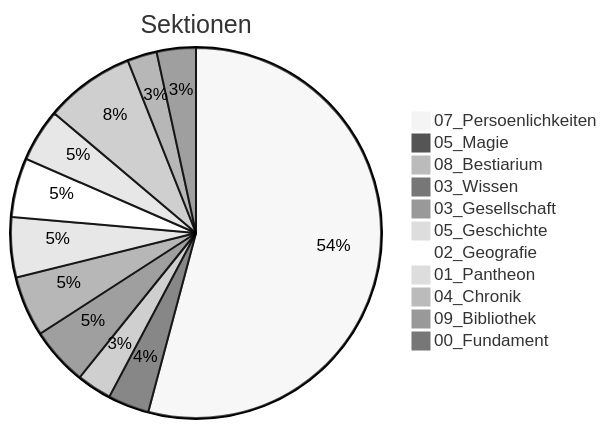
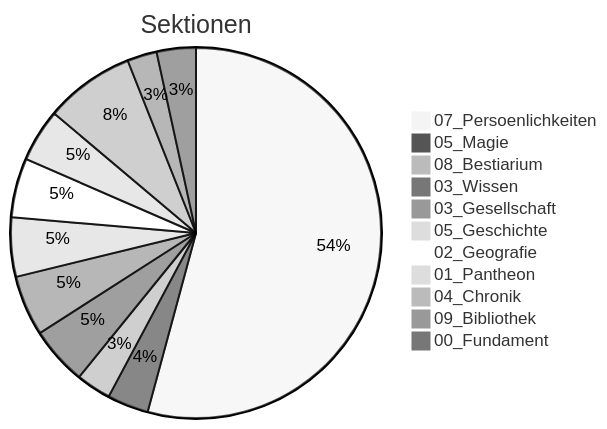
The diagram in Siebenwind_Wiki/10_Archiv/Wiki_Statistiken.md (Siebenwind/7w_wiki), drawn with Mermaid (neutral theme) before and after one commit. The commit also changed other lines of this file and 9 other files, not shown here.

````diff
--- a/Siebenwind_Wiki/10_Archiv/Wiki_Statistiken.md
+++ b/Siebenwind_Wiki/10_Archiv/Wiki_Statistiken.md
@@ -21,14 +21,14 @@
 ```mermaid
 pie title Sektionen
     "07_Persoenlichkeiten" : 587
     "05_Magie" : 39
     "08_Bestiarium" : 33
     "03_Wissen" : 55
     "03_Gesellschaft" : 57
-    "05_Geschichte" : 57
+    "05_Geschichte" : 56
     "02_Geografie" : 56
     "01_Pantheon" : 50
     "04_Chronik" : 85
     "09_Bibliothek" : 28
     "00_Fundament" : 37
 ```
````
